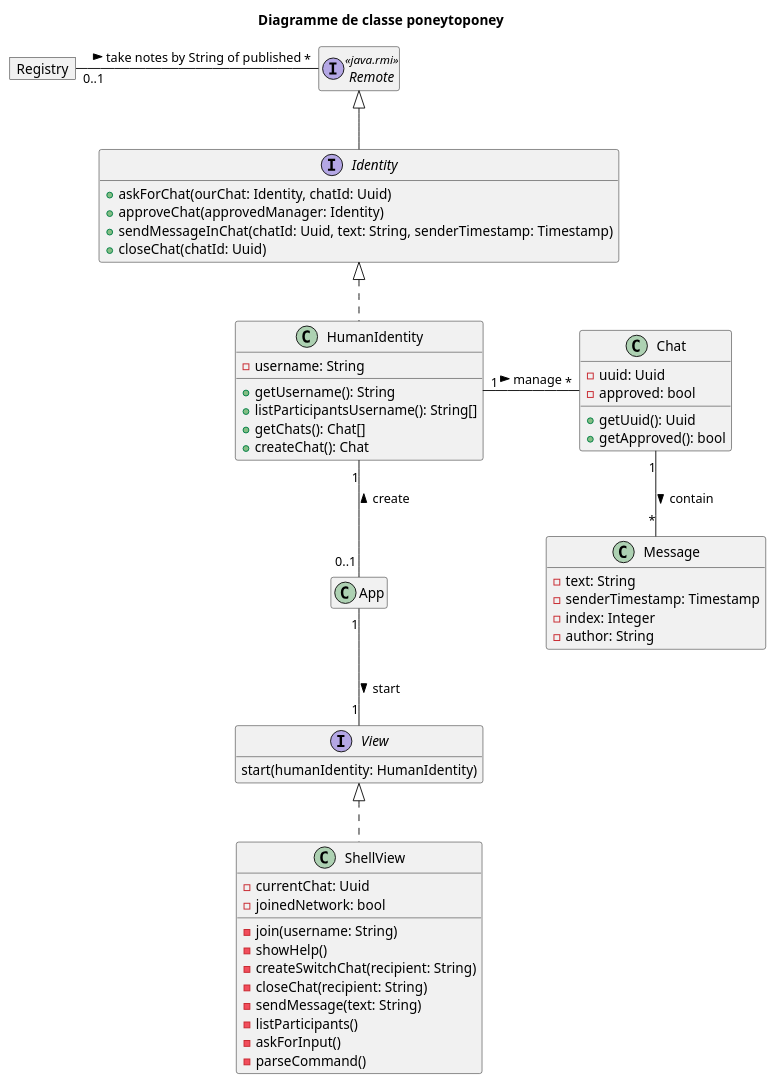
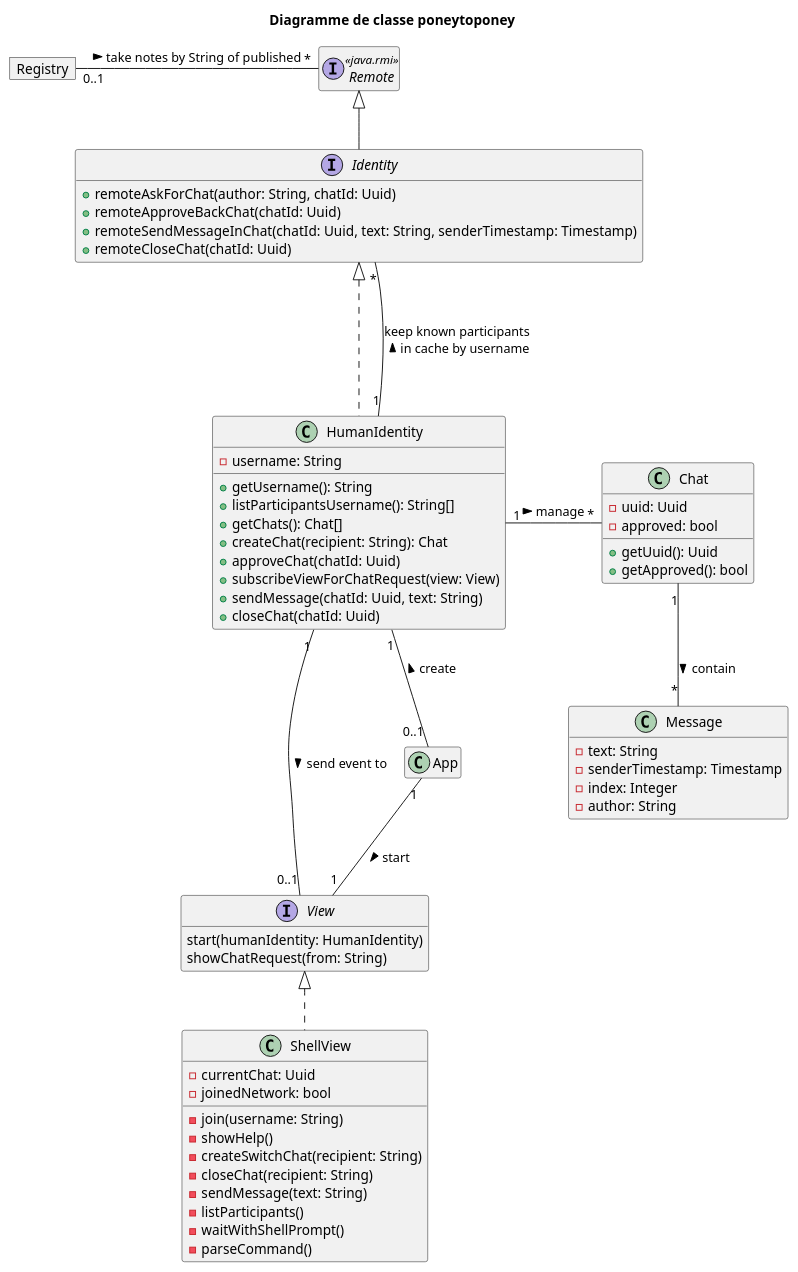
The diagram in docs/class.puml (samuelroland/poneytoponey), drawn with PlantUML before and after one commit. The commit also changed 1 other file, not shown here.

Commit message:
Refined class diagram with missing methods

```diff
--- a/docs/class.puml
+++ b/docs/class.puml
@@ -1,66 +1,73 @@
 @startuml class
 
 title "Diagramme de classe poneytoponey"
 
 hide empty members
 
 interface Remote <<java.rmi>>
 
 class App
 HumanIdentity "1"--"0..1" App: create <
 App "1"--"1" View: start >
 
 interface View {
     start(humanIdentity: HumanIdentity)
+    showChatRequest(from: String)
 }
 
 class ShellView implements View {
     - currentChat: Uuid
     - joinedNetwork: bool
     - join(username: String)
     - showHelp()
     - createSwitchChat(recipient: String)
     - closeChat(recipient: String)
     - sendMessage(text: String)
     - listParticipants()
-    - askForInput()
+    - waitWithShellPrompt()
     - parseCommand()
 }
 
 class Chat {
     -uuid: Uuid
     -approved: bool
     +getUuid(): Uuid
     +getApproved(): bool
 }
 
 interface Identity extends Remote {
-    +askForChat(ourChat: Identity, chatId: Uuid)
-    +approveChat(approvedManager: Identity)
-    +sendMessageInChat(chatId: Uuid, text: String, senderTimestamp: Timestamp)
-    +closeChat(chatId: Uuid)
+    +remoteAskForChat(author: String, chatId: Uuid)
+    +remoteApproveBackChat(chatId: Uuid)
+    +remoteSendMessageInChat(chatId: Uuid, text: String, senderTimestamp: Timestamp)
+    +remoteCloseChat(chatId: Uuid)
 }
 
 class HumanIdentity implements Identity {
     -username: String
     +getUsername(): String
     +listParticipantsUsername(): String[]
     +getChats(): Chat[]
-    +createChat(): Chat
+    +createChat(recipient: String): Chat
+    +approveChat(chatId: Uuid)
+    +subscribeViewForChatRequest(view: View)
+    +sendMessage(chatId: Uuid, text: String)
+    +closeChat(chatId: Uuid)
 }
 
 HumanIdentity "1"-"*" Chat: manage >
+HumanIdentity "1"-"0..1" View: send event to >
+HumanIdentity "1"-u--"*" Identity: keep known participants \nin cache by username <
 Chat "1"--"*" Message: contain >
 
 class Message {
     -text: String
     -senderTimestamp: Timestamp
     -index: Integer
     -author: String
 }
 
 object Registry
 
 Registry "0..1"-"*" Remote: take notes by String of published >
 
 @enduml
```
